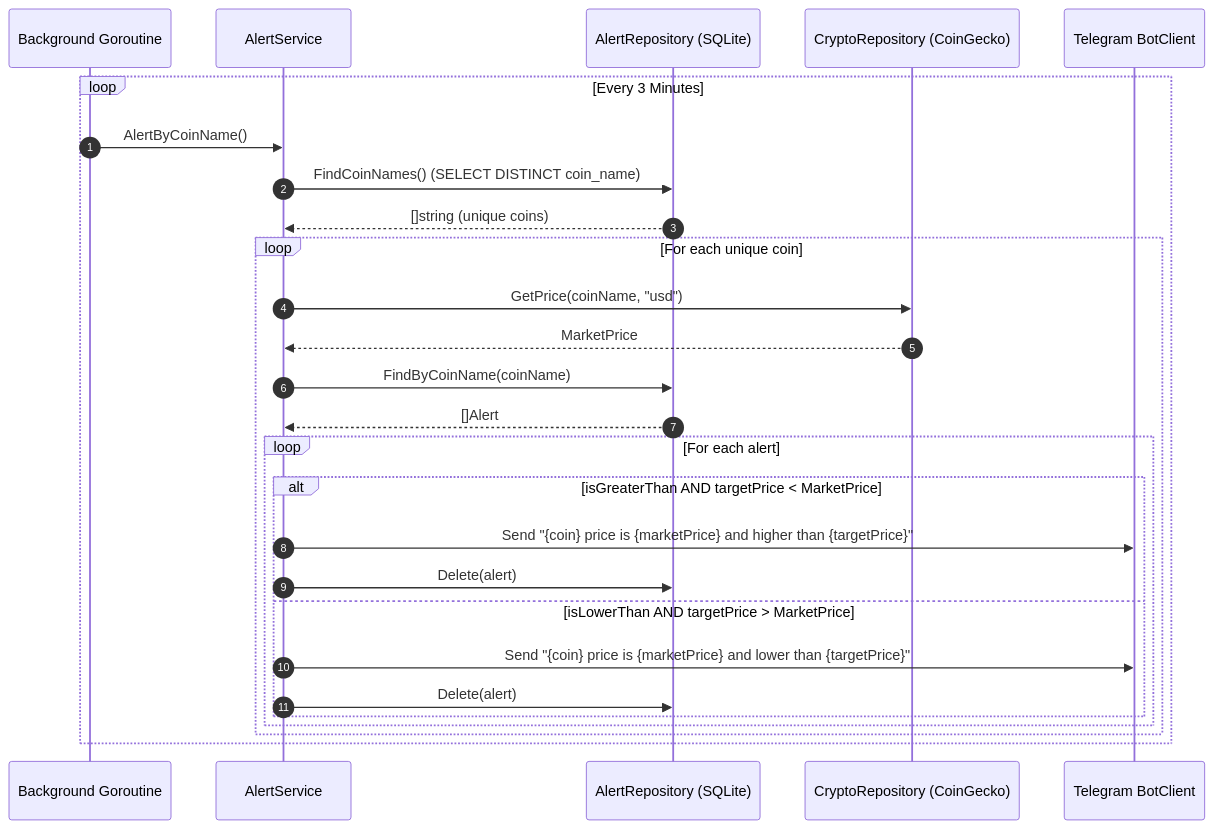
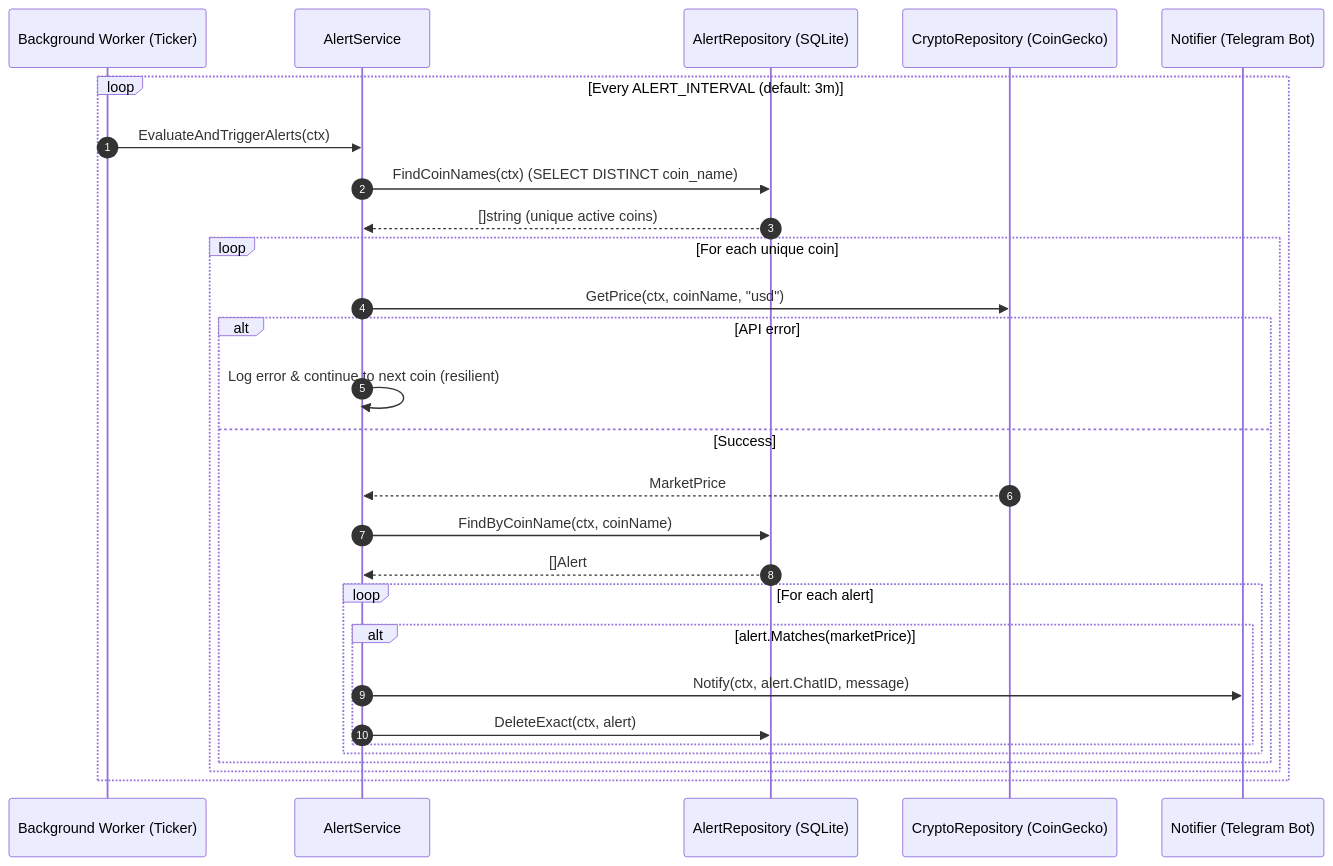
One commit to wyveriano/crypto-record-bot changed the eighth of 8 diagrams in README.md. Above: the diagram before and after it, drawn with Mermaid. The commit also changed other lines of this file and 23 other files, not shown here.

Commit message:
refactor: implement pure hexagonal architecture, graceful shutdown, context propagation, and structured logging

````diff
--- a/README.md
+++ b/README.md
@@ -366,30 +365,31 @@
 ```mermaid
 sequenceDiagram
     autonumber
-    participant Cron as Background Goroutine
+    participant Worker as Background Worker (Ticker)
     participant AS as AlertService
     participant DB as AlertRepository (SQLite)
     participant Crypto as CryptoRepository (CoinGecko)
-    participant TG as Telegram BotClient
+    participant Notifier as Notifier (Telegram Bot)
 
-    loop Every 3 Minutes
-        Cron->>AS: AlertByCoinName()
-        AS->>DB: FindCoinNames() (SELECT DISTINCT coin_name)
-        DB-->>AS: []string (unique coins)
+    loop Every ALERT_INTERVAL (default: 3m)
+        Worker->>AS: EvaluateAndTriggerAlerts(ctx)
+        AS->>DB: FindCoinNames(ctx) (SELECT DISTINCT coin_name)
+        DB-->>AS: []string (unique active coins)
         loop For each unique coin
-            AS->>Crypto: GetPrice(coinName, "usd")
-            Crypto-->>AS: MarketPrice
-            AS->>DB: FindByCoinName(coinName)
-            DB-->>AS: []Alert
-            loop For each alert
-                alt isGreaterThan AND targetPrice < MarketPrice
-                    AS->>TG: Send "{coin} price is {marketPrice} and higher than {targetPrice}"
-                    AS->>DB: Delete(alert)
-                else isLowerThan AND targetPrice > MarketPrice
-                    AS->>TG: Send "{coin} price is {marketPrice} and lower than {targetPrice}"
-                    AS->>DB: Delete(alert)
+            AS->>Crypto: GetPrice(ctx, coinName, "usd")
+            alt API error
+                AS->>AS: Log error & continue to next coin (resilient)
+            else Success
+                Crypto-->>AS: MarketPrice
+                AS->>DB: FindByCoinName(ctx, coinName)
+                DB-->>AS: []Alert
+                loop For each alert
+                    alt alert.Matches(marketPrice)
+                        AS->>Notifier: Notify(ctx, alert.ChatID, message)
+                        AS->>DB: DeleteExact(ctx, alert)
+                    end
                 end
             end
         end
     end
 ```
````
